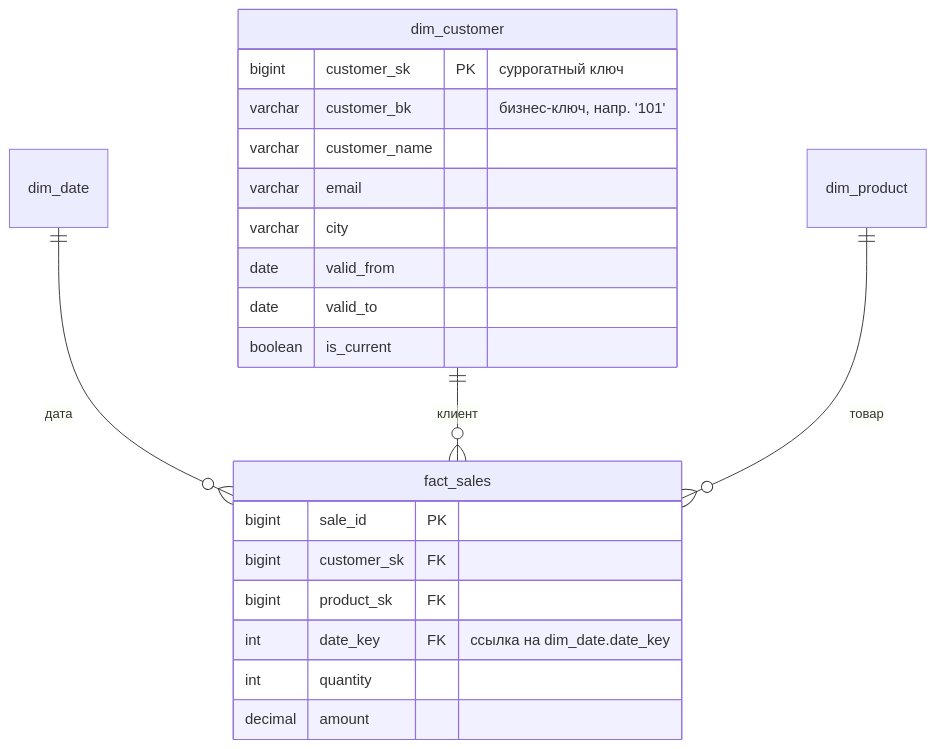
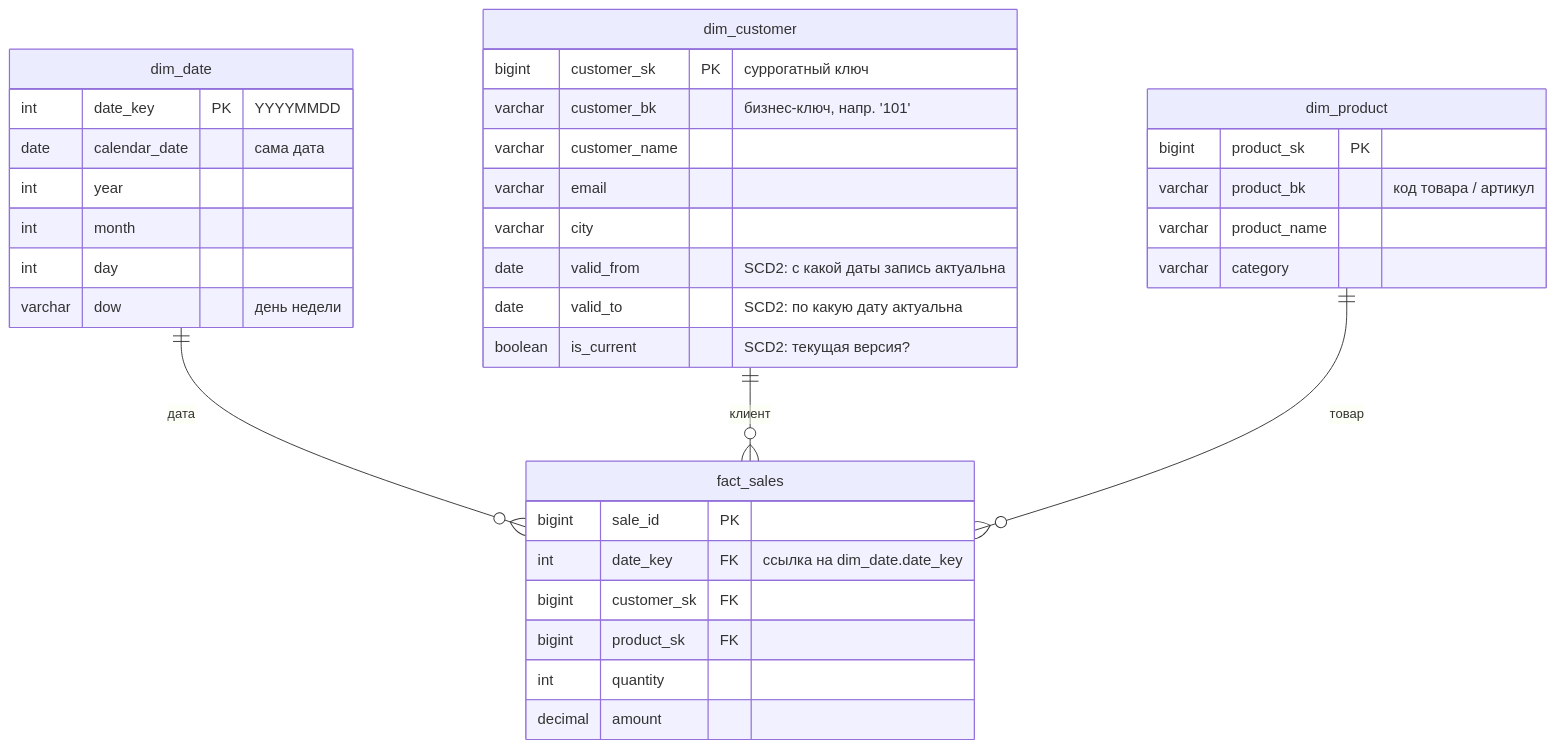
The second of 6 diagrams in dwh-modeling/README.md (dementev-dev/de-roadmap), drawn with Mermaid before and after one commit.

Commit message:
Улучшения диаграммы в "базовые понятия"

````diff
--- a/dwh-modeling/README.md
+++ b/dwh-modeling/README.md
@@ -205,26 +205,42 @@
 ```mermaid
 erDiagram
     dim_date ||--o{ fact_sales : "дата"
     dim_customer ||--o{ fact_sales : "клиент" 
     dim_product ||--o{ fact_sales : "товар"
     
+    dim_date {
+        int    date_key PK        "YYYYMMDD"
+        date   calendar_date      "сама дата"
+        int    year
+        int    month
+        int    day
+        varchar dow               "день недели"
+    }
+    
     dim_customer {
-        bigint customer_sk PK "суррогатный ключ"
-        varchar customer_bk "бизнес-ключ, напр. '101'"
+        bigint  customer_sk PK    "суррогатный ключ"
+        varchar customer_bk       "бизнес-ключ, напр. '101'"
         varchar customer_name
         varchar email
         varchar city
-        date valid_from
-        date valid_to
-        boolean is_current
+        date    valid_from        "SCD2: с какой даты запись актуальна"
+        date    valid_to          "SCD2: по какую дату актуальна"
+        boolean is_current        "SCD2: текущая версия?"
+    }
+    
+    dim_product {
+        bigint  product_sk PK
+        varchar product_bk        "код товара / артикул"
+        varchar product_name
+        varchar category
     }
     
     fact_sales {
-        bigint sale_id PK
-        bigint customer_sk FK
-        bigint product_sk FK
-        int date_key FK "ссылка на dim_date.date_key"
-        int quantity
+        bigint  sale_id PK
+        int     date_key FK       "ссылка на dim_date.date_key"
+        bigint  customer_sk FK
+        bigint  product_sk FK
+        int     quantity
         decimal amount
     }
 ```
````
